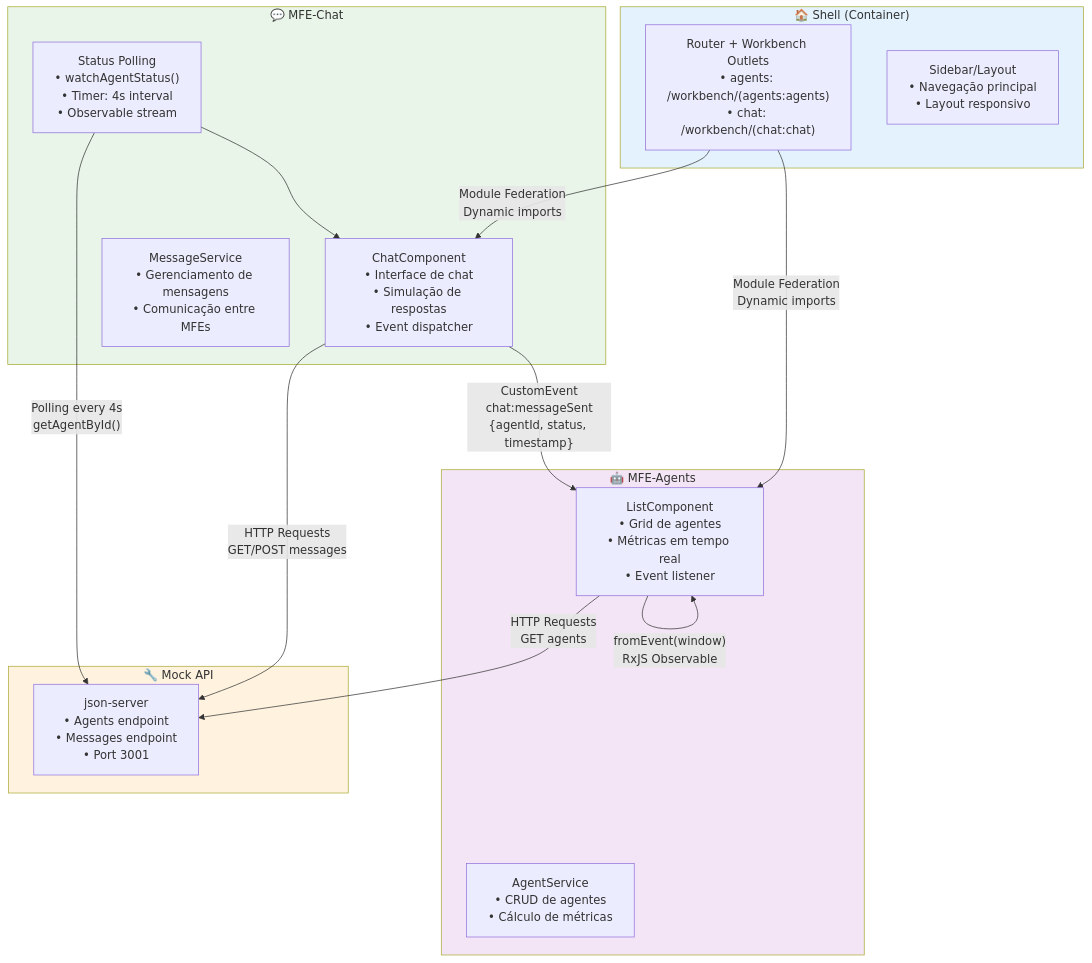
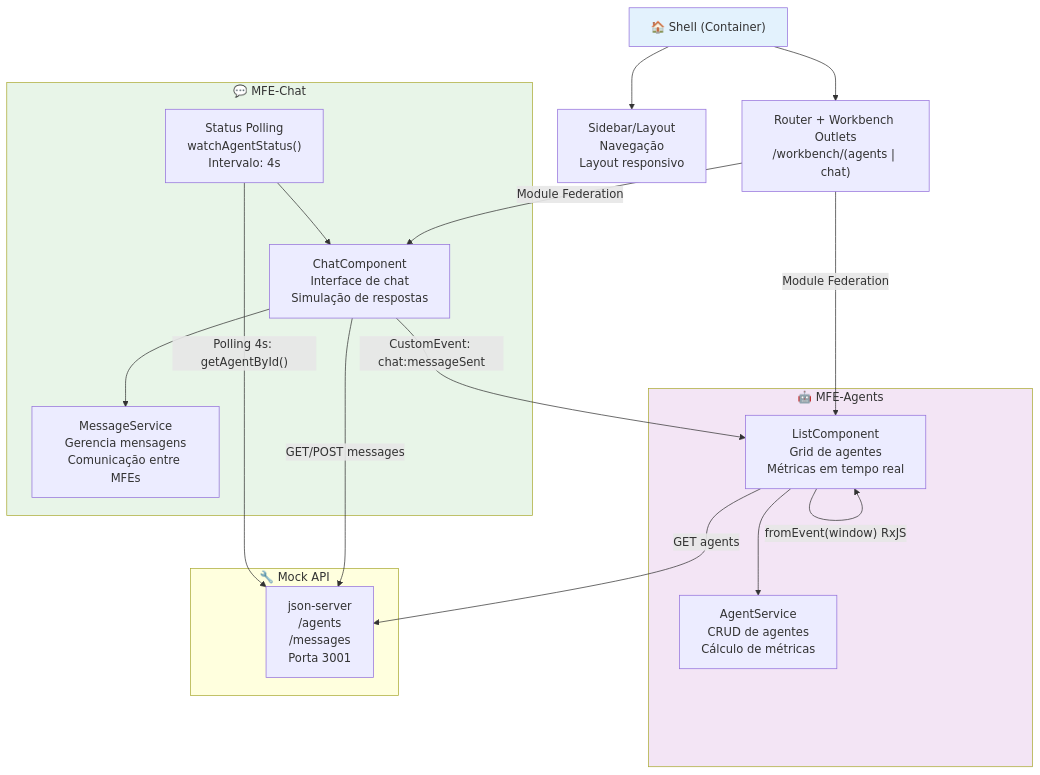
One commit to alexLaw10/neuro-dash changed the second of 2 diagrams in neurodash/README.md. Above: the diagram before and after it, drawn with Mermaid.

````diff
--- a/neurodash/README.md
+++ b/neurodash/README.md
@@ -160,39 +160,48 @@
 ```mermaid
 flowchart TB
-  subgraph Shell["🏠 Shell (Container)"]
-    ROUTER["Router + Workbench Outlets<br/>• agents: /workbench/(agents:agents)<br/>• chat: /workbench/(chat:chat)"]
-    SIDEBAR["Sidebar/Layout<br/>• Navegação principal<br/>• Layout responsivo"]
-  end
-  
-  subgraph MFE-Agents["🤖 MFE-Agents"]
-    LIST["ListComponent<br/>• Grid de agentes<br/>• Métricas em tempo real<br/>• Event listener"]
-    AGENT_SVC["AgentService<br/>• CRUD de agentes<br/>• Cálculo de métricas"]
-  end
-  
-  subgraph MFE-Chat["💬 MFE-Chat"]
-    CHAT["ChatComponent<br/>• Interface de chat<br/>• Simulação de respostas<br/>• Event dispatcher"]
-    MSG_SVC["MessageService<br/>• Gerenciamento de mensagens<br/>• Comunicação entre MFEs"]
-    STATUS_POLL["Status Polling<br/>• watchAgentStatus()<br/>• Timer: 4s interval<br/>• Observable stream"]
-  end
-  
-  subgraph MockAPI["🔧 Mock API"]
-    API["json-server<br/>• Agents endpoint<br/>• Messages endpoint<br/>• Port 3001"]
+  %% Shell (Container) no topo
+  Shell["🏠 Shell (Container)"]
+  SIDEBAR["Sidebar/Layout<br/>Navegação<br/>Layout responsivo"]
+  ROUTER["Router + Workbench Outlets<br/>/workbench/(agents | chat)"]
+
+  Shell --> SIDEBAR
+  Shell --> ROUTER
+
+  %% MFEs como filhos do Router
+  subgraph MFE_Agents["🤖 MFE-Agents"]
+    LIST["ListComponent<br/>Grid de agentes<br/>Métricas em tempo real"]
+    AGENT_SVC["AgentService<br/>CRUD de agentes<br/>Cálculo de métricas"]
   end
 
-  ROUTER -- "Module Federation<br/>Dynamic imports" --> LIST
-  ROUTER -- "Module Federation<br/>Dynamic imports" --> CHAT
-  
-  CHAT -- "CustomEvent<br/>chat:messageSent<br/>{agentId, status, timestamp}" --> LIST
-  CHAT -- "HTTP Requests<br/>GET/POST messages" --> API
-  LIST -- "HTTP Requests<br/>GET agents" --> API
-  
-  STATUS_POLL -- "Polling every 4s<br/>getAgentById()" --> API
+  subgraph MFE_Chat["💬 MFE-Chat"]
+    CHAT["ChatComponent<br/>Interface de chat<br/>Simulação de respostas"]
+    MSG_SVC["MessageService<br/>Gerencia mensagens<br/>Comunicação entre MFEs"]
+    STATUS_POLL["Status Polling<br/>watchAgentStatus()<br/>Intervalo: 4s"]
+  end
+
+  ROUTER -- "Module Federation" --> LIST
+  ROUTER -- "Module Federation" --> CHAT
+
+  %% Mock API como base de dados
+  subgraph MockAPI["🔧 Mock API"]
+    API["json-server<br/>/agents<br/>/messages<br/>Porta 3001"]
+  end
+
+  %% Fluxos de dados e eventos
+  CHAT -- "CustomEvent: chat:messageSent" --> LIST
+  CHAT -- "GET/POST messages" --> API
+  LIST -- "GET agents" --> API
+  STATUS_POLL -- "Polling 4s: getAgentById()" --> API
   STATUS_POLL --> CHAT
-  
-  LIST -- "fromEvent(window)<br/>RxJS Observable" --> LIST
-  
+  LIST -- "fromEvent(window) RxJS" --> LIST
+
+  %% Serviços internos
+  LIST --> AGENT_SVC
+  CHAT --> MSG_SVC
+
+  %% Estilos
   style Shell fill:#e3f2fd
-  style MFE-Agents fill:#f3e5f5
-  style MFE-Chat fill:#e8f5e8
-  style MockAPI fill:#fff3e0
+  style MFE_Agents fill:#f3e5f5
+  style MFE_Chat fill:#e8f5e8
+  style MockAPI fill:#fff3e
 ```
````
